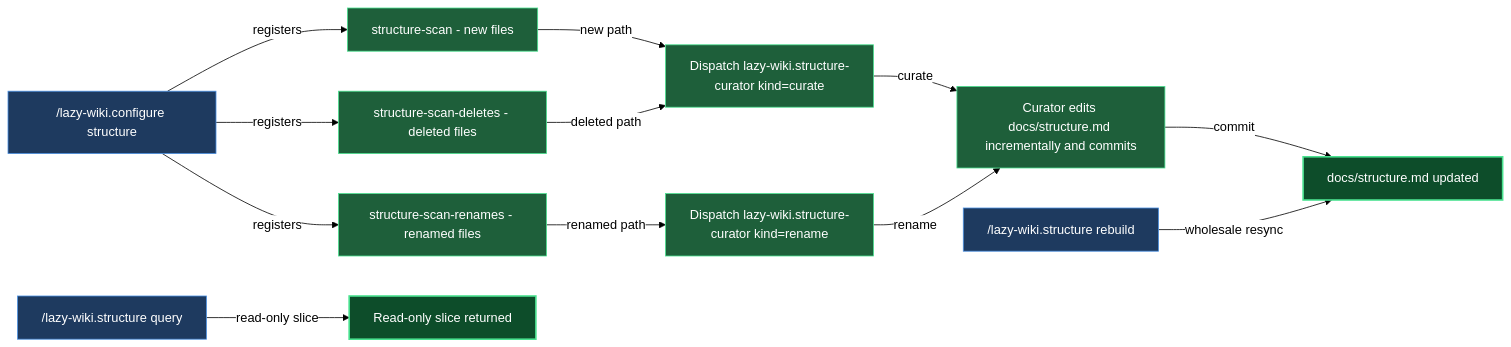
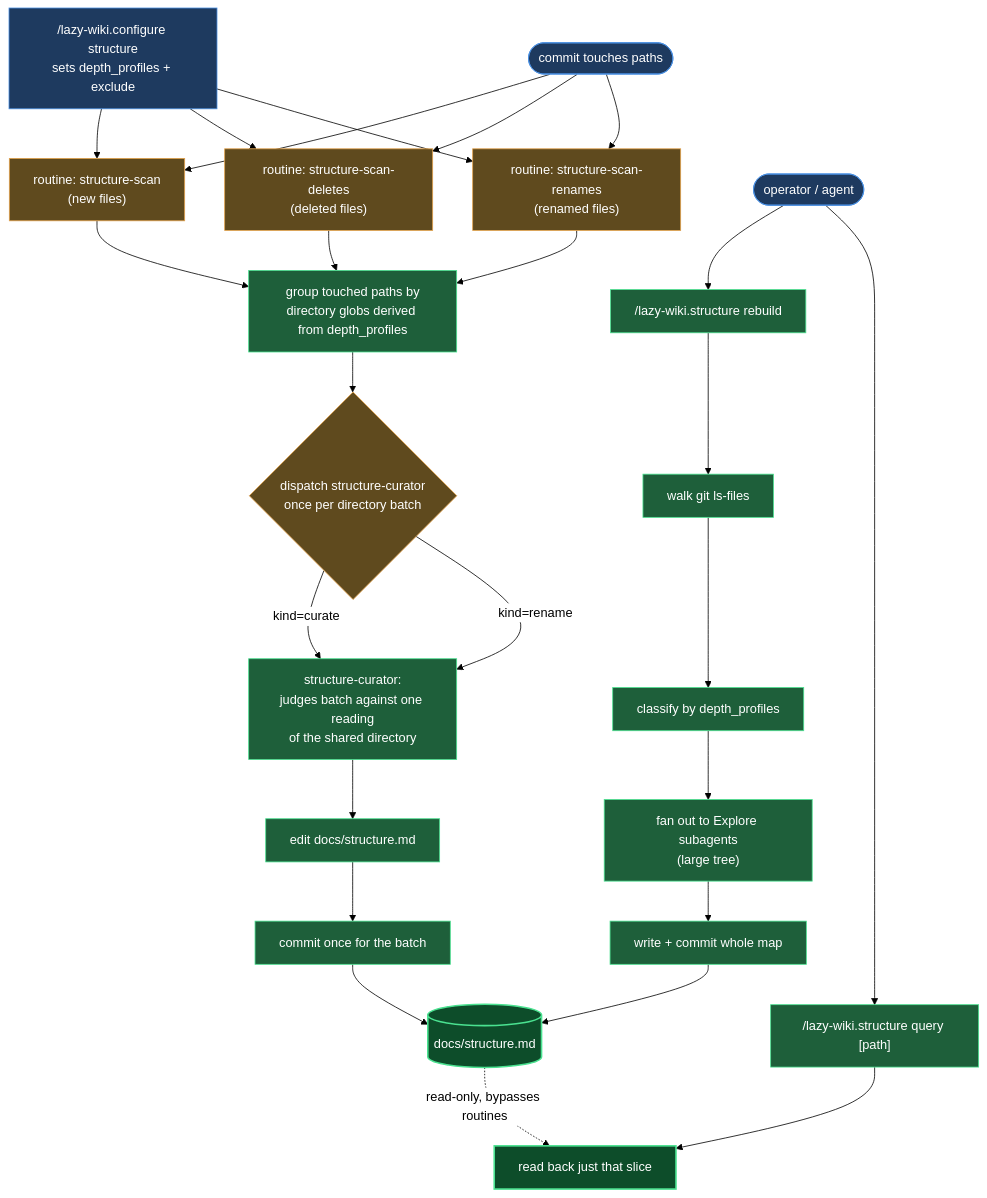
One commit to mebius-san/lazy-cortex changed the diagram in claude/lazycortex-wiki/help/structure.md. Above: the diagram before and after it, drawn with Mermaid. The commit also changed other lines of this file and 96 other files, not shown here.

````diff
--- a/claude/lazycortex-wiki/help/structure.md
+++ b/claude/lazycortex-wiki/help/structure.md
@@ -45,43 +46,45 @@
 ```mermaid
 %%{init: {'themeVariables':{'background':'transparent','lineColor':'#000','textColor':'#000','edgeLabelBackground':'#fff'},'themeCSS':'.edgeLabel{background-color:transparent!important}.edgeLabel p{background-color:transparent!important}','flowchart':{'diagramPadding':5,'useMaxWidth':true}}}%%
-flowchart LR
-  configureStructure["/lazy-wiki.configure structure"]
-  watchNewFiles["structure-scan - new files"]
-  watchDeletedFiles["structure-scan-deletes - deleted files"]
-  watchRenamedFiles["structure-scan-renames - renamed files"]
-  dispatchCurate["Dispatch lazy-wiki.structure-curator kind=curate"]
-  dispatchRename["Dispatch lazy-wiki.structure-curator kind=rename"]
-  curatorEditsCommit["Curator edits docs/structure.md incrementally and commits"]
-  structureDoc["docs/structure.md updated"]
-  rebuildCommand["/lazy-wiki.structure rebuild"]
-  queryCommand["/lazy-wiki.structure query"]
-  queryResult["Read-only slice returned"]
+flowchart TD
+    Configure["/lazy-wiki.configure structure<br/>sets depth_profiles + exclude"]
+    Configure --> RNew["routine: structure-scan<br/>(new files)"]
+    Configure --> RDel["routine: structure-scan-deletes<br/>(deleted files)"]
+    Configure --> RRen["routine: structure-scan-renames<br/>(renamed files)"]
 
-  configureStructure -->|registers| watchNewFiles
-  configureStructure -->|registers| watchDeletedFiles
-  configureStructure -->|registers| watchRenamedFiles
-  watchNewFiles -->|new path| dispatchCurate
-  watchDeletedFiles -->|deleted path| dispatchCurate
-  watchRenamedFiles -->|renamed path| dispatchRename
-  dispatchCurate -->|curate| curatorEditsCommit
-  dispatchRename -->|rename| curatorEditsCommit
-  curatorEditsCommit -->|commit| structureDoc
-  rebuildCommand -->|wholesale resync| structureDoc
-  queryCommand -->|read-only slice| queryResult
+    Commit(["commit touches paths"]) --> RNew
+    Commit --> RDel
+    Commit --> RRen
 
-  classDef entry fill:#1e3a5f,stroke:#4a90e2,color:#fff
-  classDef action fill:#1e5f3a,stroke:#4ae290,color:#fff
-  classDef success fill:#0d4d2a,stroke:#4ae290,color:#fff,stroke-width:2px
+    RNew --> Group["group touched paths by<br/>directory globs derived from depth_profiles"]
+    RDel --> Group
+    RRen --> Group
 
-  class configureStructure entry
-  class rebuildCommand entry
-  class queryCommand entry
-  class watchNewFiles action
-  class watchDeletedFiles action
-  class watchRenamedFiles action
-  class dispatchCurate action
-  class dispatchRename action
-  class curatorEditsCommit action
-  class structureDoc success
-  class queryResult success
+    Group --> Dispatch{"dispatch structure-curator<br/>once per directory batch"}
+    Dispatch -->|"kind=curate"| Curator["structure-curator:<br/>judges batch against one reading<br/>of the shared directory"]
+    Dispatch -->|"kind=rename"| Curator
+
+    Curator --> Edit["edit docs/structure.md"]
+    Edit --> BatchCommit["commit once for the batch"]
+    BatchCommit --> Doc[("docs/structure.md")]
+
+    Operator(["operator / agent"]) --> Rebuild["/lazy-wiki.structure rebuild"]
+    Rebuild --> Walk["walk git ls-files"]
+    Walk --> Classify["classify by depth_profiles"]
+    Classify --> FanOut["fan out to Explore subagents<br/>(large tree)"]
+    FanOut --> WriteAll["write + commit whole map"]
+    WriteAll --> Doc
+
+    Operator --> Query["/lazy-wiki.structure query [path]"]
+    Query --> Slice["read back just that slice"]
+    Doc -.->|"read-only, bypasses routines"| Slice
+
+    classDef entry fill:#1e3a5f,stroke:#4a90e2,color:#fff
+    classDef guard fill:#5f4a1e,stroke:#e2a14a,color:#fff
+    classDef action fill:#1e5f3a,stroke:#4ae290,color:#fff
+    classDef success fill:#0d4d2a,stroke:#4ae290,stroke-width:2px,color:#fff
+
+    class Configure,Operator,Commit entry
+    class RNew,RDel,RRen,Dispatch guard
+    class Group,Curator,Edit,BatchCommit,Rebuild,Walk,Classify,FanOut,WriteAll,Query action
+    class Doc,Slice success
 ```
````
